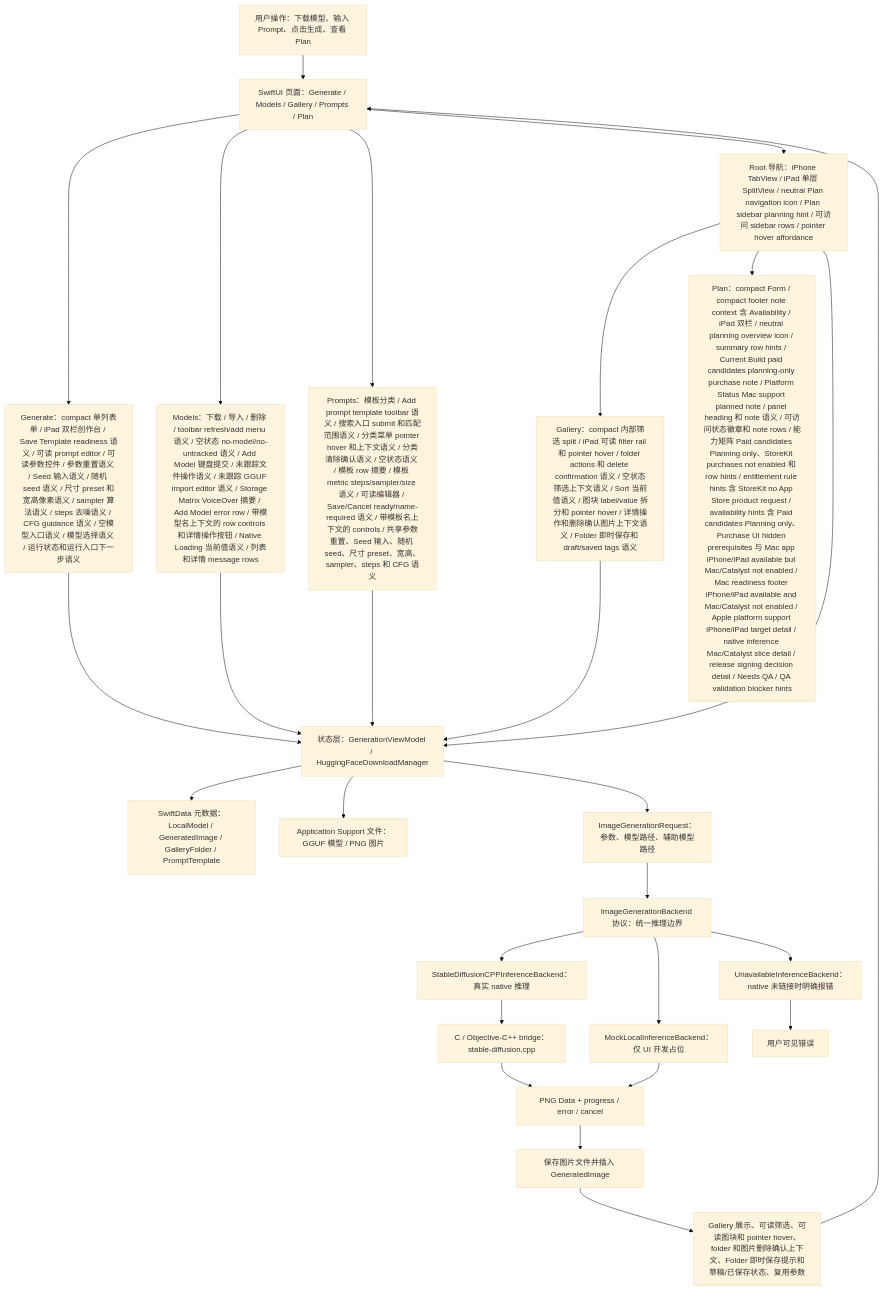
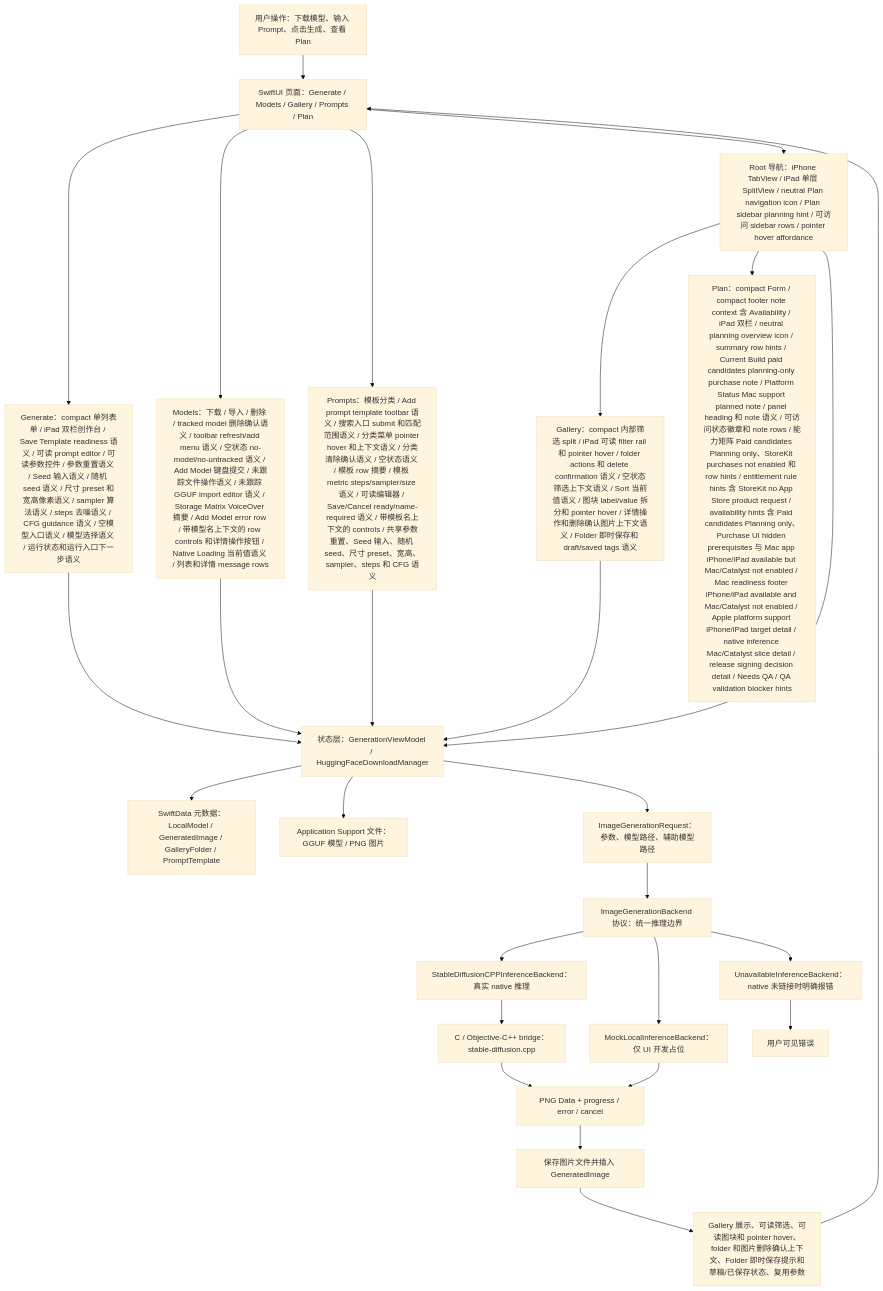
One commit to Altman-sam114/118 changed the first of 7 diagrams in md/flow/flowchart.md. Above: the diagram before and after it, drawn with Mermaid (base theme). The commit also changed other lines of this file and 5 other files, not shown here.

````diff
--- a/md/flow/flowchart.md
+++ b/md/flow/flowchart.md
@@ -9,29 +9,29 @@
 ```mermaid
 flowchart TD
   U["用户操作：下载模型、输入 Prompt、点击生成、查看 Plan"] --> UI["SwiftUI 页面：Generate / Models / Gallery / Prompts / Plan"]
   UI --> GENUI["Generate：compact 单列表单 / iPad 双栏创作台 / Save Template readiness 语义 / 可读 prompt editor / 可读参数控件 / 参数重置语义 / Seed 输入语义 / 随机 seed 语义 / 尺寸 preset 和宽高像素语义 / sampler 算法语义 / steps 去噪语义 / CFG guidance 语义 / 空模型入口语义 / 模型选择语义 / 运行状态和运行入口下一步语义"]
-  UI --> MODELUI["Models：下载 / 导入 / 删除 / toolbar refresh/add menu 语义 / 空状态 no-model/no-untracked 语义 / Add Model 键盘提交 / 未跟踪文件操作语义 / 未跟踪 GGUF import editor 语义 / Storage Matrix VoiceOver 摘要 / Add Model error row / 带模型名上下文的 row controls 和详情操作按钮 / Native Loading 当前值语义 / 列表和详情 message rows"]
+  UI --> MODELUI["Models：下载 / 导入 / 删除 / tracked model 删除确认语义 / toolbar refresh/add menu 语义 / 空状态 no-model/no-untracked 语义 / Add Model 键盘提交 / 未跟踪文件操作语义 / 未跟踪 GGUF import editor 语义 / Storage Matrix VoiceOver 摘要 / Add Model error row / 带模型名上下文的 row controls 和详情操作按钮 / Native Loading 当前值语义 / 列表和详情 message rows"]
   UI --> PROMPTUI["Prompts：模板分类 / Add prompt template toolbar 语义 / 搜索入口 submit 和匹配范围语义 / 分类菜单 pointer hover 和上下文语义 / 分类清除确认语义 / 空状态语义 / 模板 row 摘要 / 模板 metric steps/sampler/size 语义 / 可读编辑器 / Save/Cancel ready/name-required 语义 / 带模板名上下文的 controls / 共享参数重置、Seed 输入、随机 seed、尺寸 preset、宽高、sampler、steps 和 CFG 语义"]
   UI --> NAV["Root 导航：iPhone TabView / iPad 单层 SplitView / neutral Plan navigation icon / Plan sidebar planning hint / 可访问 sidebar rows / pointer hover affordance"]
   NAV --> GALUI["Gallery：compact 内部筛选 split / iPad 可读 filter rail 和 pointer hover / folder actions 和 delete confirmation 语义 / 空状态筛选上下文语义 / Sort 当前值语义 / 图块 label/value 拆分和 pointer hover / 详情操作和删除确认图片上下文语义 / Folder 即时保存和 draft/saved tags 语义"]
   NAV --> PLANUI["Plan：compact Form / compact footer note context 含 Availability / iPad 双栏 / neutral planning overview icon / summary row hints / Current Build paid candidates planning-only purchase note / Platform Status Mac support planned note / panel heading 和 note 语义 / 可访问状态徽章和 note rows / 能力矩阵 Paid candidates Planning only、StoreKit purchases not enabled 和 row hints / entitlement rule hints 含 StoreKit no App Store product request / availability hints 含 Paid candidates Planning only、Purchase UI hidden prerequisites 与 Mac app iPhone/iPad available but Mac/Catalyst not enabled / Mac readiness footer iPhone/iPad available and Mac/Catalyst not enabled / Apple platform support iPhone/iPad target detail / native inference Mac/Catalyst slice detail / release signing decision detail / Needs QA / QA validation blocker hints"]
   NAV --> VM["状态层：GenerationViewModel / HuggingFaceDownloadManager"]
   GENUI --> VM
   MODELUI --> VM
   PROMPTUI --> VM
   GALUI --> VM
   VM --> SD["SwiftData 元数据：LocalModel / GeneratedImage / GalleryFolder / PromptTemplate"]
   VM --> FS["Application Support 文件：GGUF 模型 / PNG 图片"]
   VM --> REQ["ImageGenerationRequest：参数、模型路径、辅助模型路径"]
   REQ --> IFACE["ImageGenerationBackend 协议：统一推理边界"]
   IFACE --> NATIVE["StableDiffusionCPPInferenceBackend：真实 native 推理"]
   IFACE --> MOCK["MockLocalInferenceBackend：仅 UI 开发占位"]
   IFACE --> OFF["UnavailableInferenceBackend：native 未链接时明确报错"]
   NATIVE --> BRIDGE["C / Objective-C++ bridge：stable-diffusion.cpp"]
   BRIDGE --> PNG["PNG Data + progress / error / cancel"]
   MOCK --> PNG
   OFF --> ERR["用户可见错误"]
   PNG --> SAVE["保存图片文件并插入 GeneratedImage"]
   SAVE --> GALLERY["Gallery 展示、可读筛选、可读图块和 pointer hover、folder 和图片删除确认上下文、Folder 即时保存提示和草稿/已保存状态、复用参数"]
   GALLERY --> UI
 ```
````
